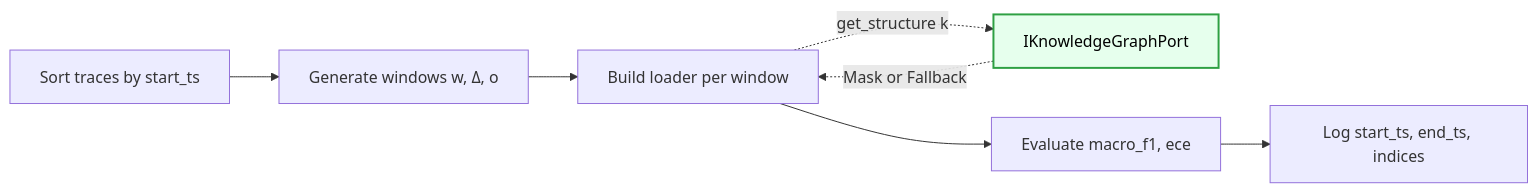
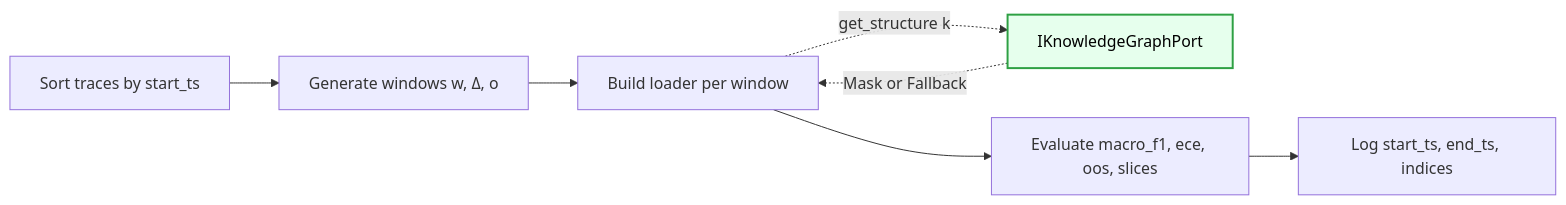
Before and after one commit to ghsrg/bpm_prediction: the third of 4 diagrams in docs/DATA_FLOWS_MVP2.MD, drawn with Mermaid. The commit also changed 4 other files, not shown here.

````diff
--- a/docs/DATA_FLOWS_MVP2.MD
+++ b/docs/DATA_FLOWS_MVP2.MD
@@ -86,14 +86,14 @@
 ```mermaid
 flowchart LR
     classDef mvp2 fill:#e6ffed,stroke:#2ea043,stroke-width:2px,color:#000;
 
     A[Sort traces by start_ts] --> B[Generate windows w, Δ, o]
     B --> C[Build loader per window]
     
     %% MVP2: Querying EOPKG on the fly
     C -.->|get_structure k| KG[IKnowledgeGraphPort]:::mvp2
     KG -.->|Mask or Fallback| C
     
-    C --> D[Evaluate macro_f1, ece]
+    C --> D[Evaluate macro_f1, ece, oos, slices]
     D --> E[Log start_ts, end_ts, indices]
 ```
````
